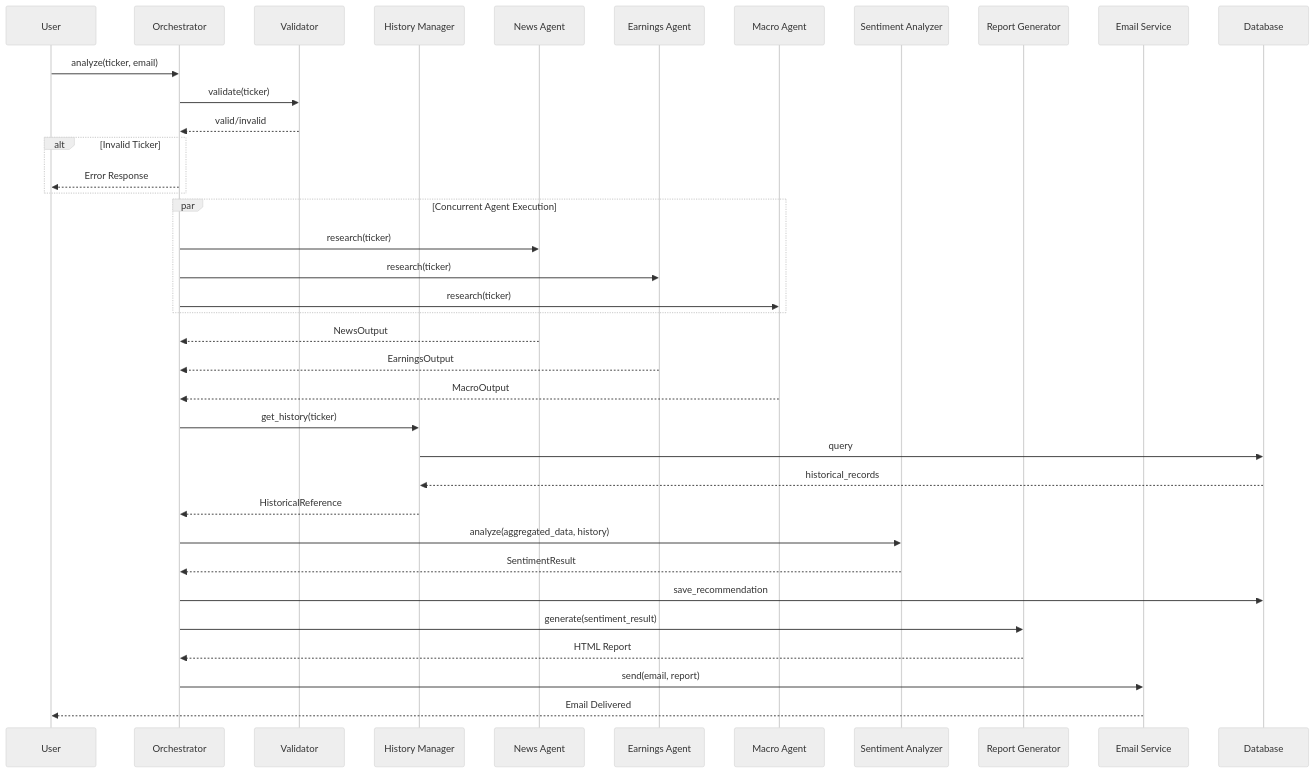
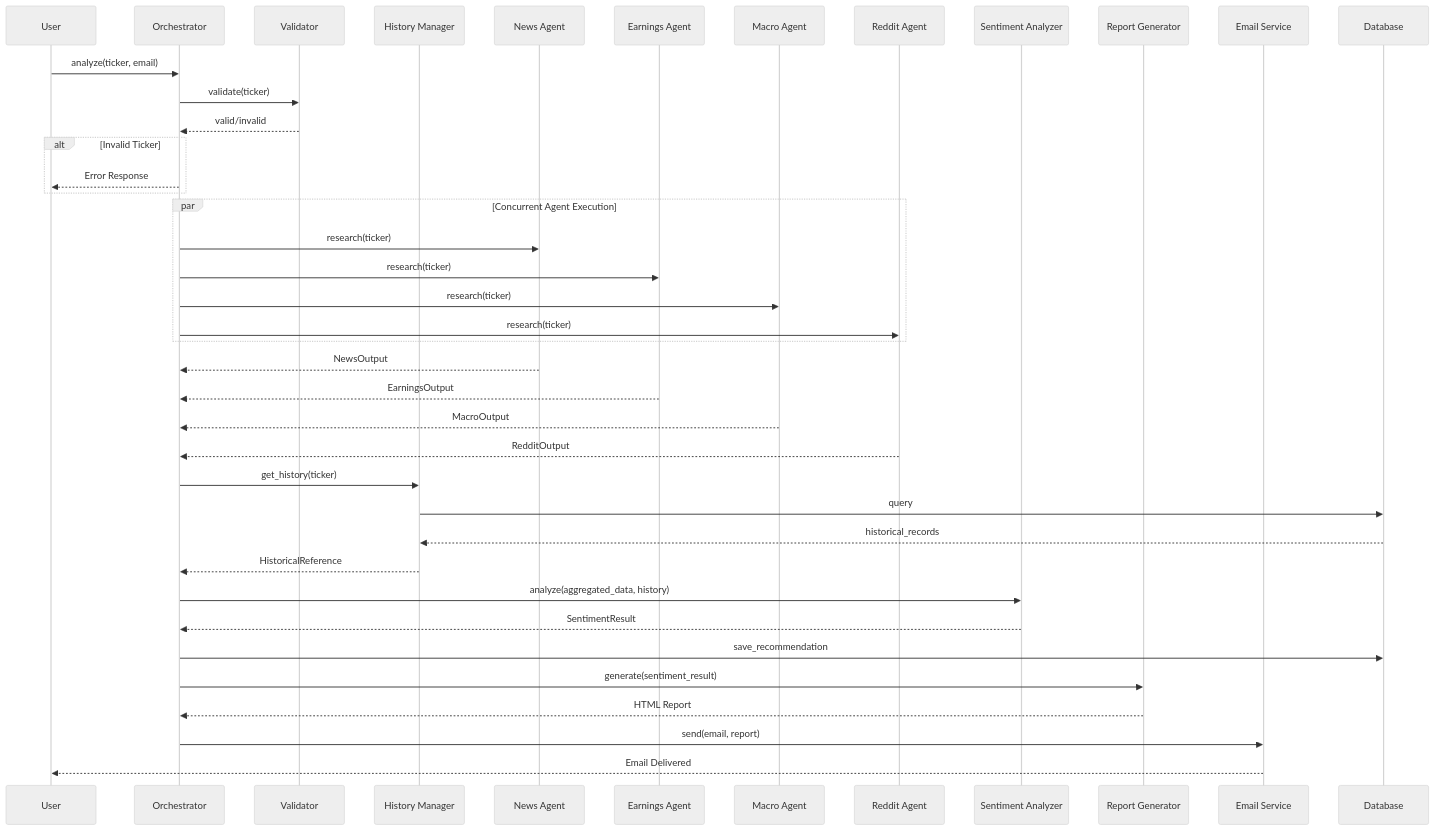
The second of 3 diagrams in .kiro/specs/trading-copilot/design.md (avisheks/agentic-trading-copilot), drawn with Mermaid (neutral theme) before and after one commit. The commit also changed other lines of this file and 36 other files, not shown here.

````diff
--- a/.kiro/specs/trading-copilot/design.md
+++ b/.kiro/specs/trading-copilot/design.md
@@ -94,46 +103,49 @@
 ```mermaid
 sequenceDiagram
     participant U as User
     participant O as Orchestrator
     participant V as Validator
     participant H as History Manager
     participant NA as News Agent
     participant EA as Earnings Agent
     participant MA as Macro Agent
+    participant RA as Reddit Agent
     participant S as Sentiment Analyzer
     participant R as Report Generator
     participant E as Email Service
     participant DB as Database
     
     U->>O: analyze(ticker, email)
     O->>V: validate(ticker)
     V-->>O: valid/invalid
     
     alt Invalid Ticker
         O-->>U: Error Response
     end
     
     par Concurrent Agent Execution
         O->>NA: research(ticker)
         O->>EA: research(ticker)
         O->>MA: research(ticker)
+        O->>RA: research(ticker)
     end
     
     NA-->>O: NewsOutput
     EA-->>O: EarningsOutput
     MA-->>O: MacroOutput
+    RA-->>O: RedditOutput
     
     O->>H: get_history(ticker)
     H->>DB: query
     DB-->>H: historical_records
     H-->>O: HistoricalReference
     
     O->>S: analyze(aggregated_data, history)
     S-->>O: SentimentResult
     
     O->>DB: save_recommendation
     O->>R: generate(sentiment_result)
     R-->>O: HTML Report
     O->>E: send(email, report)
     E-->>U: Email Delivered
 ```
````
